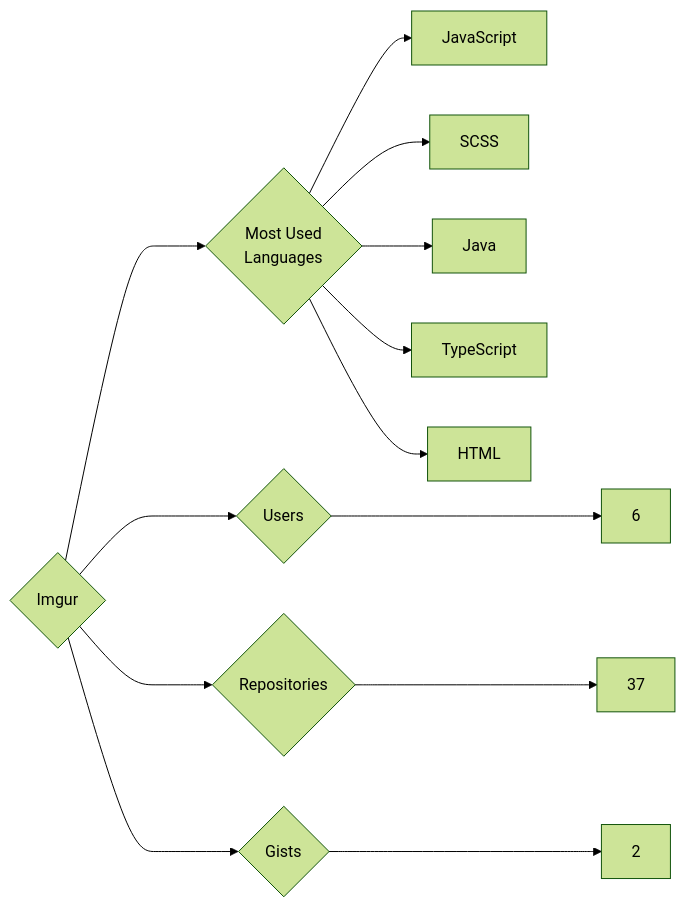
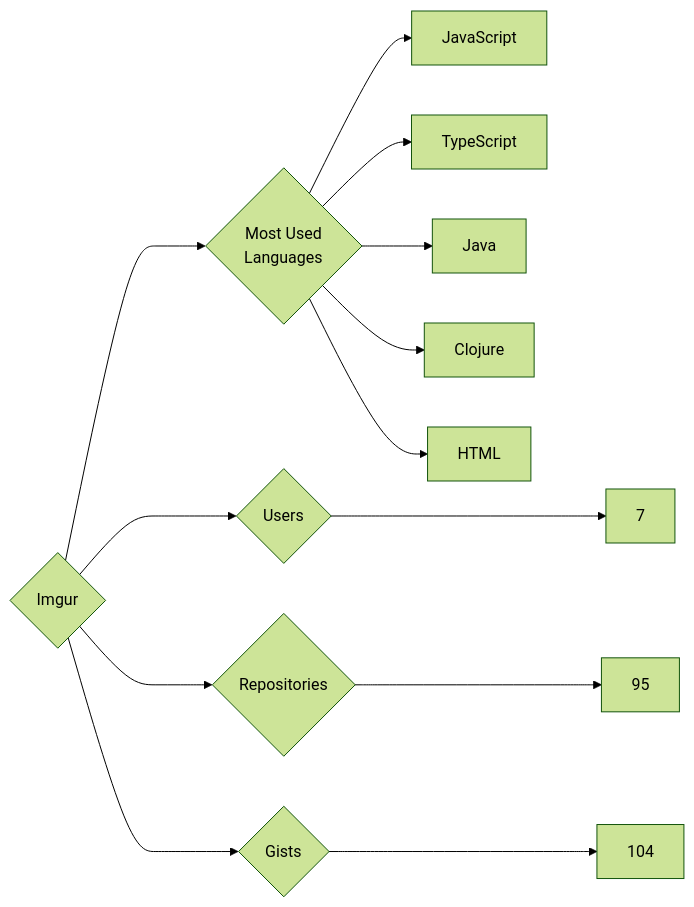
One commit to trickest/insiders changed the diagram in targets/Imgur/README.md. Above: the diagram before and after it, drawn with Mermaid (forest theme). The commit also changed 1078 other files, not shown here.

````diff
--- a/targets/Imgur/README.md
+++ b/targets/Imgur/README.md
@@ -3,13 +3,13 @@
 ```mermaid
 graph LR
 COMPANY_NAME{Imgur}
-COMPANY_NAME ---> U{Users} ---> UN[6]
-COMPANY_NAME ---> R{Repositories} ---> RN[37]
-COMPANY_NAME ---> G{Gists} ---> GN[2]
+COMPANY_NAME ---> U{Users} ---> UN[7]
+COMPANY_NAME ---> R{Repositories} ---> RN[95]
+COMPANY_NAME ---> G{Gists} ---> GN[104]
 COMPANY_NAME ---> ML{Most Used<br>Languages}
 ML --> JavaScript[JavaScript]
-ML --> SCSS[SCSS]
+ML --> TypeScript[TypeScript]
 ML --> Java[Java]
-ML --> TypeScript[TypeScript]
+ML --> Clojure[Clojure]
 ML --> HTML[HTML]
 ```
````
